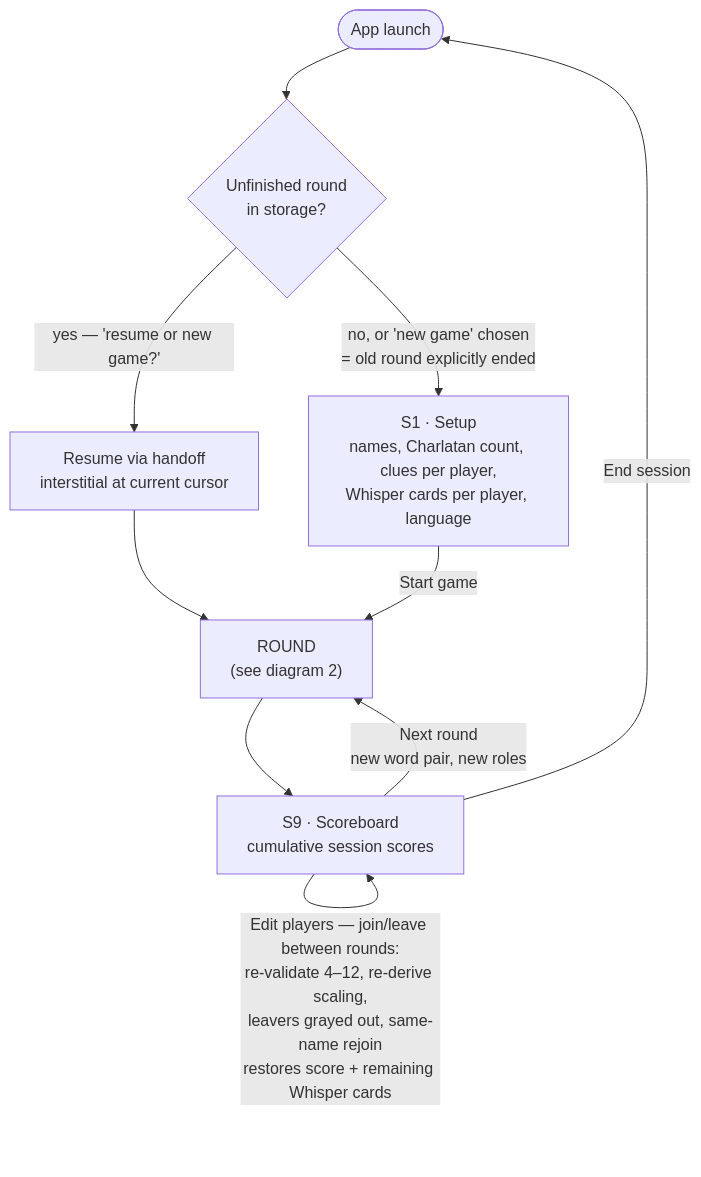
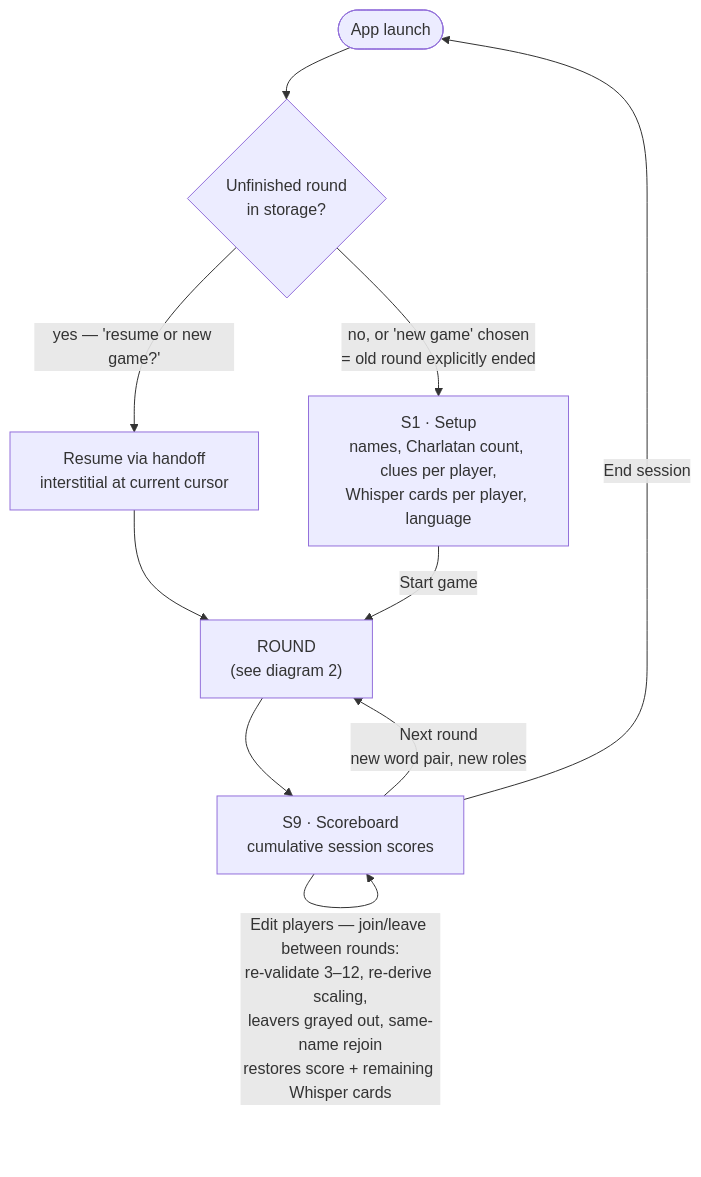
One commit to jalieven/charlatan changed the first of 4 diagrams in docs/02-flows.md. Above: the diagram before and after it, drawn with Mermaid. The commit also changed other lines of this file and 4 other files, not shown here.

````diff
--- a/docs/02-flows.md
+++ b/docs/02-flows.md
@@ -14,12 +14,12 @@
 ```mermaid
 flowchart TD
     Launch(["App launch"]) --> Choice{"Unfinished round<br/>in storage?"}
     Choice -->|"yes — 'resume or new game?'"| Resume["Resume via handoff<br/>interstitial at current cursor"]
     Choice -->|no, or 'new game' chosen<br/>= old round explicitly ended| S1["S1 · Setup<br/>names, Charlatan count, clues per player,<br/>Whisper cards per player, language"]
     Resume --> Round
     S1 -->|Start game| Round["ROUND<br/>(see diagram 2)"]
     Round --> S9["S9 · Scoreboard<br/>cumulative session scores"]
-    S9 -->|"Edit players — join/leave between rounds:<br/>re-validate 4–12, re-derive scaling,<br/>leavers grayed out, same-name rejoin<br/>restores score + remaining Whisper cards"| S9
+    S9 -->|"Edit players — join/leave between rounds:<br/>re-validate 3–12, re-derive scaling,<br/>leavers grayed out, same-name rejoin<br/>restores score + remaining Whisper cards"| S9
     S9 -->|Next round<br/>new word pair, new roles| Round
     S9 -->|End session| Launch
 ```
````
